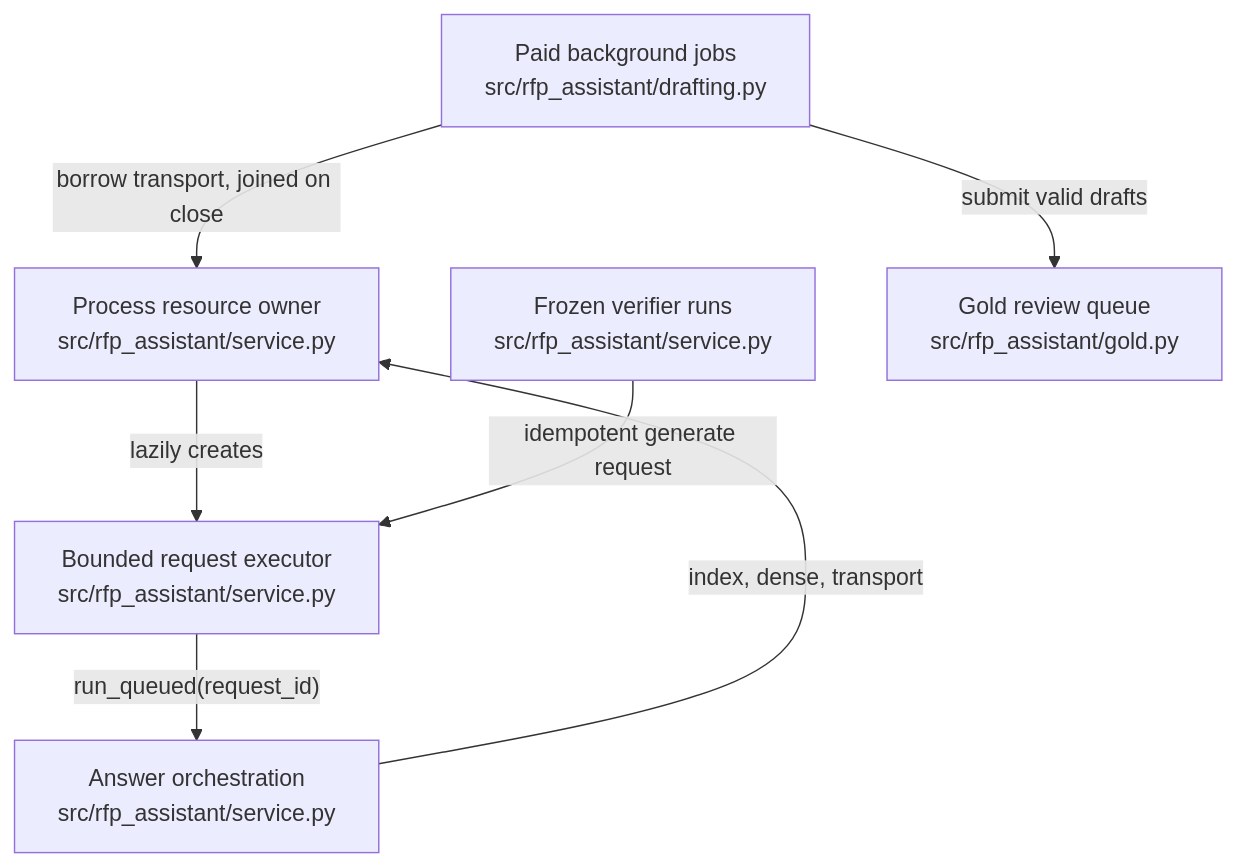
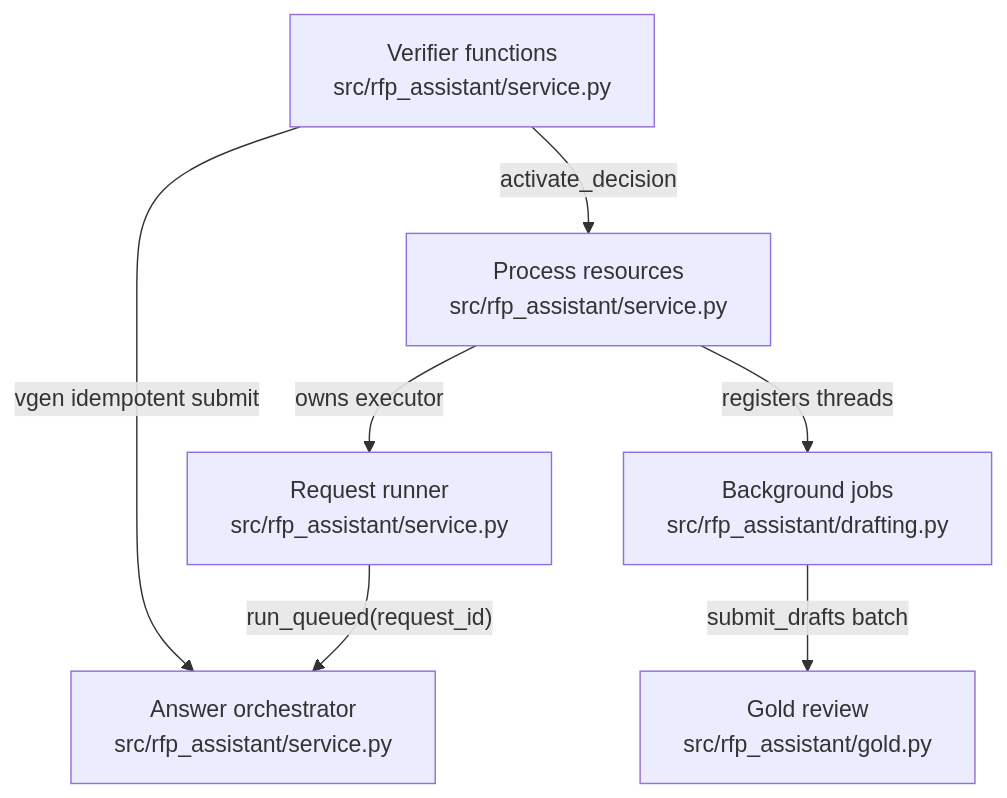
Before and after one commit to littleeeeebit/project-codeit-mid: the diagram in .omm/overall-architecture/service-layer/diagram.mmd, drawn with Mermaid. The commit also changed 373 other files, not shown here.

```diff
--- a/.omm/overall-architecture/service-layer/diagram.mmd
+++ b/.omm/overall-architecture/service-layer/diagram.mmd
@@ -1,13 +1,7 @@
 graph TD
-  resources["Process resource owner\nsrc/rfp_assistant/service.py"]
-  request_runner["Bounded request executor\nsrc/rfp_assistant/service.py"]
-  answer_orchestrator["Answer orchestration\nsrc/rfp_assistant/service.py"]
-  verifier_runs["Frozen verifier runs\nsrc/rfp_assistant/service.py"]
-  background_jobs["Paid background jobs\nsrc/rfp_assistant/drafting.py"]
-  gold_review["Gold review queue\nsrc/rfp_assistant/gold.py"]
-  resources -->|"lazily creates"| request_runner
-  request_runner -->|"run_queued(request_id)"| answer_orchestrator
-  answer_orchestrator -->|"index, dense, transport"| resources
-  verifier_runs -->|"idempotent generate request"| request_runner
-  background_jobs -->|"borrow transport, joined on close"| resources
-  background_jobs -->|"submit valid drafts"| gold_review
+  resources["Process resources\nsrc/rfp_assistant/service.py"] -->|"owns executor"| request-runner["Request runner\nsrc/rfp_assistant/service.py"]
+  request-runner -->|"run_queued(request_id)"| answer-orchestrator["Answer orchestrator\nsrc/rfp_assistant/service.py"]
+  verifier-functions["Verifier functions\nsrc/rfp_assistant/service.py"] -->|"vgen idempotent submit"| answer-orchestrator
+  resources -->|"registers threads"| background-jobs["Background jobs\nsrc/rfp_assistant/drafting.py"]
+  background-jobs -->|"submit_drafts batch"| gold-review["Gold review\nsrc/rfp_assistant/gold.py"]
+  verifier-functions -->|"activate_decision"| resources
```
